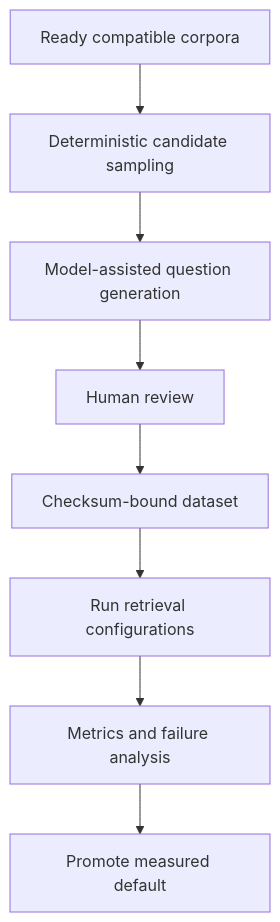
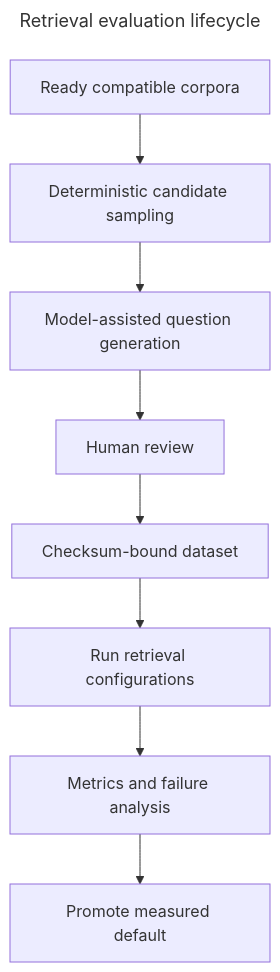
One commit to hongchit/sec-filing-rag-poc changed the first of 2 diagrams in docs/evaluation.md. Above: the diagram before and after it, drawn with Mermaid. The commit also changed other lines of this file and 43 other files, not shown here.

````diff
--- a/docs/evaluation.md
+++ b/docs/evaluation.md
@@ -10,10 +16,13 @@
 ```mermaid
+---
+title: Retrieval evaluation lifecycle
+---
 flowchart TD
   C[Ready compatible corpora] --> S[Deterministic candidate sampling]
   S --> G[Model-assisted question generation]
   G --> H[Human review]
   H --> D[Checksum-bound dataset]
   D --> E[Run retrieval configurations]
   E --> M[Metrics and failure analysis]
   M --> P[Promote measured default]
 ```
````
